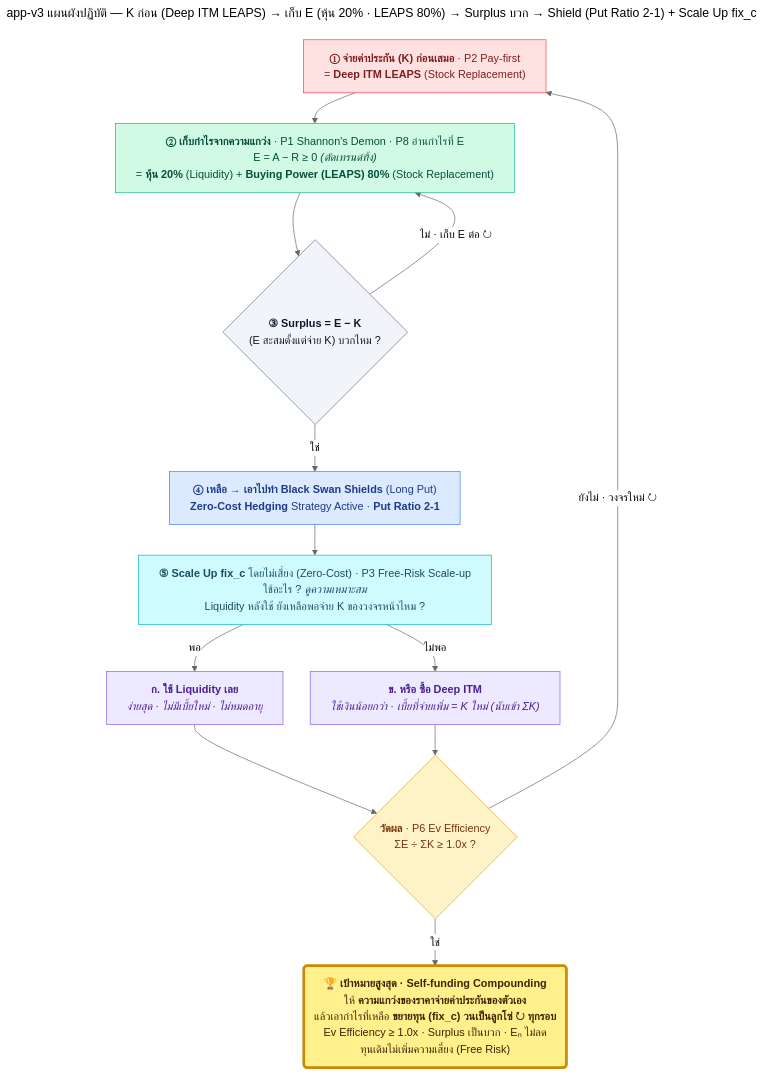
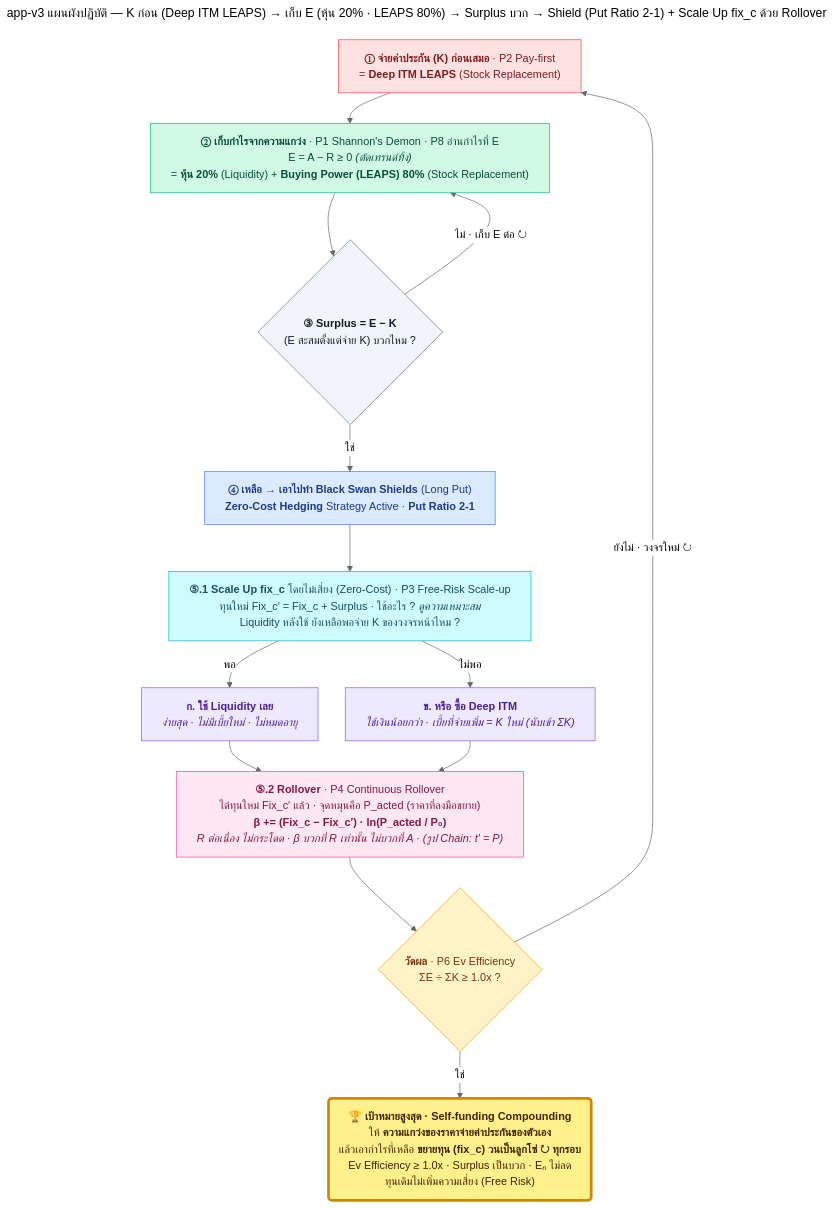
One commit to firstnattapon/super_app changed the diagram in app_v3_playbook.mmd. Above: the diagram before and after it, drawn with Mermaid (neutral theme). The commit also changed 1 other file, not shown here.

First paragraph of the commit message:
app_v3_playbook.mmd: step 5 Scale Up uses the Rollover principle (streamlit_lego)
Step 5 now follows the order of firstnattapon/streamlit_lego's cheat_sheet/rollover.mmd: get the
new capital first, then roll the baseline over. It is two nodes under one number:

```diff
--- a/app_v3_playbook.mmd
+++ b/app_v3_playbook.mmd
@@ -1,74 +1,84 @@
 ---
-title: 'app-v3 แผนผังปฏิบัติ — K ก่อน (Deep ITM LEAPS) → เก็บ E (หุ้น 20% · LEAPS 80%) → Surplus บวก → Shield (Put Ratio 2-1) + Scale Up fix_c'
+title: 'app-v3 แผนผังปฏิบัติ — K ก่อน (Deep ITM LEAPS) → เก็บ E (หุ้น 20% · LEAPS 80%) → Surplus บวก → Shield (Put Ratio 2-1) + Scale Up fix_c ด้วย Rollover'
 config:
   flowchart:
     wrappingWidth: 560
     nodeSpacing: 40
     rankSpacing: 45
 ---
 %% ═══════════════════════════════════════════════════════════════════════════════
 %% app_v3_playbook.mmd — หลักการเดียวกับ app_v2_minimal.mmd แต่บอกว่า "ลงมือด้วยเครื่องมืออะไร"
 %% เป้าหมายเหมือนเดิมทุกตัวอักษร · 3 ขั้น + 1 คำถาม + 1 เช็ก
 %% ·
 %% วงจร:  ① จ่าย K ก่อน → ② เก็บ E ไปเรื่อยๆ → ③ Surplus = E − K บวกไหม?
 %%        ไม่  → กลับไปเก็บ E ต่อ (ไม่ต้องจ่าย K ซ้ำ)
-%%        ใช่  → ④ ทำ Black Swan Shields (Put Ratio 2-1) โดย ⑤ Scale Up fix_c แล้วเริ่มวงจรใหม่ที่ ①
+%%        ใช่  → ④ ทำ Black Swan Shields (Put Ratio 2-1) โดย ⑤.1 Scale Up fix_c แล้ว ⑤.2 Rollover จากนั้นวัดผล (ถึงเป้าหมาย หรือเริ่มวงจรใหม่ที่ ①)
 %% ·
 %%   นามธรรม (app_v2_minimal.mmd · app-v3)       →  เครื่องมือจริง (แผนผังนี้)
 %%   K  จ่ายเบี้ยก่อน (P2 Pay-first)              →  ① Deep ITM LEAPS (Stock Replacement)
 %%   E  เก็บกำไรจากความแกว่ง (P1 · P8)            →  ② หุ้น 20% (Liquidity) + Buying Power (LEAPS) 80% (Stock Replacement)
 %%   S  Surplus = E − K บวกไหม?                    →  ③ เหมือนเดิม
 %%   (ส่วนที่เหลือ)                                →  ④ Black Swan Shields (Long Put) · Zero-Cost Hedging Strategy Active · Put Ratio 2-1
-%%   โต c′ = c + Surplus (P3 Free-Risk Scale-up)   →  ⑤ Scale Up fix_c โดยไม่เสี่ยง (Zero-Cost) — ใช้ Liquidity เลย หรือ ซื้อ Deep ITM ก็ได้ ดูความเหมาะสม
+%%   โต c′ = c + Surplus (P3 Free-Risk Scale-up)   →  ⑤.1 Scale Up fix_c โดยไม่เสี่ยง (Zero-Cost) — ใช้ Liquidity เลย หรือ ซื้อ Deep ITM ก็ได้ ดูความเหมาะสม
 %%   เกณฑ์เลือก ก./ข. (ข้อเสนอ · ปรับได้)          →  ถ้าใช้ Liquidity แล้วยังเหลือพอจ่าย K ของวงจรหน้า → ก. · ไม่พอ → ข.
+%%   วนต่อ t′ = P (P4 Continuous Rollover)         →  ⑤.2 Rollover: β += (Fix_c − Fix_c′) · ln(P_acted / P₀) — ทุนเปลี่ยนแล้ว เส้นอ้างอิง R ไม่กระโดด
 %%   ไม่เหลือ                                      →  กลับไปเก็บ E ต่อ
 %%   วัดผล Ev Efficiency = ΣE ÷ ΣK (P6)           →  เช็กหลัง Scale Up ถึง 1.0x = ถึงเป้าหมาย · ยังไม่ถึง = วงจรใหม่
 %% ·
 %% หมายเหตุ
 %%  · E = A − R (สมการ LEGO: A = เงินสดจากการ rebalance · R = เส้นอ้างอิงตามเทรนด์) ≥ 0 เสมอ — ถ้าเขียน R − A จะติดลบเสมอ
 %%  · ลำดับในแผนผังนี้คือ "ลำดับลงมือ" (จ่าย K ก่อน แล้วค่อยเก็บ E) · E ใน ③ คือ E ที่สะสมตั้งแต่จ่าย K
-%%  · หุ้น 20% + LEAPS 80% = 100% ของ exposure ที่ถืออยู่ · "Deep ITM" ใน ⑤ คือ Deep ITM เดียวกับ ① (LEAPS)
+%%  · หุ้น 20% + LEAPS 80% = 100% ของ exposure ที่ถืออยู่ · "Deep ITM" ใน ⑤.1 คือ Deep ITM เดียวกับ ① (LEAPS)
 %%  · Put Ratio 2-1 เขียนตามที่ระบุ — ยังไม่กำหนดฝั่งซื้อ/ขายและ strike (เลือกเมื่อลงมือจริง)
-%%  · เกณฑ์เลือก ก./ข. ใน ⑤ เป็นข้อเสนอ ไม่ใช่กฎที่ระบุมา: "Liquidity" ในเกณฑ์ = เงินสด/ส่วนที่ขายเป็นเงินได้ทันที ·
+%%  · เกณฑ์เลือก ก./ข. ใน ⑤.1 เป็นข้อเสนอ ไม่ใช่กฎที่ระบุมา: "Liquidity" ในเกณฑ์ = เงินสด/ส่วนที่ขายเป็นเงินได้ทันที ·
 %%    เหตุผล = จ่าย K ก่อนเสมอ (P2) จึงห้ามให้การขยายกินเงินที่ต้องกันไว้จ่าย K · ก. คือทางตรง (ไม่มีเบี้ยใหม่ ไม่หมดอายุ) ·
 %%    ข. ใช้เงินน้อยกว่าสำหรับ exposure เท่ากัน แต่เบี้ย (time value) ที่จ่ายเพิ่มคือ K ใหม่ ต้องนับเข้า ΣK ให้ Ev Efficiency ไม่เกินจริง
+%%  · Rollover (P4) ตามนิยามใน firstnattapon/streamlit_lego (cheat_sheet/rollover.mmd): ได้ทุนใหม่ก่อน (⑤.1) แล้วค่อย Rollover (⑤.2) · P₀ ตรึงไว้ ไม่เปลี่ยน · จุดหมุนคือ P_acted (ราคา ACT ล่าสุด) ·
+%%    ทำเมื่อ Fix_c_new ≠ Fix_c คือเมื่อ ③ ตอบ "ใช่" (Surplus บวก ทุนโต) · ③ ตอบ "ไม่" = ทุนไม่เปลี่ยน = "ข้าม" ไม่ต้อง Rollover
+%%  · ทำไมต้อง Rollover: ทุนโตแล้ว R = Fix_c · ln(P / P₀) ชันขึ้น — ถ้าไม่ชดเชยด้วย β เส้น R จะกระโดดที่จุดหมุน ส่วนต่าง (Fix_c′ − Fix_c) · ln(P_acted / P₀) ·
+%%    E = A − R จึงเพี้ยน (กำไรปลอม/ขาดทุนปลอม และ E ≥ 0 พังได้) · ตัวอย่าง P₀ 100 · P_acted 110 · ทุน 1,500 → 2,500: ไม่ Rollover E = 7.03 → −88.28 · Rollover E คงที่ 7.03
+%%  · รูป Chain ของหลักเดียวกัน (app-v3 ขั้น ⑤ "t′ = P") = ตั้งจุดหมุนใหม่ที่ราคาปัจจุบัน แล้วรอบหน้าเริ่มนับที่นั่น — แผนผังนี้ใช้รูป LEGO (P₀ ตรึง + β) เพราะเป็นต้นฉบับ
 %% ═══════════════════════════════════════════════════════════════════════════════
 flowchart TB
 
   K["<b>① จ่ายค่าประกัน (K) ก่อนเสมอ</b> · P2 Pay-first<br/>= <b>Deep ITM LEAPS</b> (Stock Replacement)"]
   E["<b>② เก็บกำไรจากความแกว่ง</b> · P1 Shannon's Demon · P8 อ่านกำไรที่ E<br/>E = A − R ≥ 0 <i>(ตัดเทรนด์ทิ้ง)</i><br/>= <b>หุ้น 20%</b> (Liquidity) + <b>Buying Power (LEAPS) 80%</b> (Stock Replacement)"]
   D{"<b>③ Surplus = E − K</b><br/>(E สะสมตั้งแต่จ่าย K) บวกไหม ?"}
   A["<b>④ เหลือ → เอาไปทำ Black Swan Shields</b> (Long Put)<br/><b>Zero-Cost Hedging</b> Strategy Active · <b>Put Ratio 2-1</b>"]
-  S["<b>⑤ Scale Up fix_c</b> โดยไม่เสี่ยง (Zero-Cost) · P3 Free-Risk Scale-up<br/>ใช้อะไร ? <i>ดูความเหมาะสม</i><br/>Liquidity หลังใช้ ยังเหลือพอจ่าย K ของวงจรหน้าไหม ?"]
+  S["<b>⑤.1 Scale Up fix_c</b> โดยไม่เสี่ยง (Zero-Cost) · P3 Free-Risk Scale-up<br/>ทุนใหม่ Fix_c′ = Fix_c + Surplus · ใช้อะไร ? <i>ดูความเหมาะสม</i><br/>Liquidity หลังใช้ ยังเหลือพอจ่าย K ของวงจรหน้าไหม ?"]
   L["<b>ก. ใช้ Liquidity เลย</b><br/><i>ง่ายสุด · ไม่มีเบี้ยใหม่ · ไม่หมดอายุ</i>"]
   I["<b>ข. หรือ ซื้อ Deep ITM</b><br/><i>ใช้เงินน้อยกว่า · เบี้ยที่จ่ายเพิ่ม = K ใหม่ (นับเข้า ΣK)</i>"]
+  RO["<b>⑤.2 Rollover</b> · P4 Continuous Rollover<br/>ได้ทุนใหม่ Fix_c′ แล้ว · จุดหมุนคือ P_acted (ราคาที่ลงมือขยาย)<br/><b>β += (Fix_c − Fix_c′) · ln(P_acted / P₀)</b><br/><i>R ต่อเนื่อง ไม่กระโดด · β บวกที่ R เท่านั้น ไม่บวกที่ A · (รูป Chain: t′ = P)</i>"]
   Q{"<b>วัดผล</b> · P6 Ev Efficiency<br/>ΣE ÷ ΣK ≥ 1.0x ?"}
   GOAL("🏆 <b>เป้าหมายสูงสุด · Self-funding Compounding</b><br/>ให้ <b>ความแกว่งของราคาจ่ายค่าประกันของตัวเอง</b><br/>แล้วเอากำไรที่เหลือ <b>ขยายทุน (fix_c) วนเป็นลูกโซ่ ↻ ทุกรอบ</b><br/>Ev Efficiency ≥ 1.0x · Surplus เป็นบวก · Eₙ ไม่ลด<br/>ทุนเดิมไม่เพิ่มความเสี่ยง (Free Risk)")
 
   K --> E --> D
   D -->|ใช่| A
   D -->|ไม่ · เก็บ E ต่อ ↻| E
   A --> S
   S -->|พอ| L
   S -->|ไม่พอ| I
-  L --> Q
-  I --> Q
+  L --> RO
+  I --> RO
+  RO --> Q
   Q -->|ใช่| GOAL
   Q -->|ยังไม่ · วงจรใหม่ ↻| K
 
   classDef cost fill:#fee2e2,stroke:#ef4444,color:#7f1d1d
   classDef money fill:#d1fae5,stroke:#10b981,color:#064e3b
   classDef dec fill:#f1f5f9,stroke:#64748b,color:#0f172a
   classDef shield fill:#dbeafe,stroke:#3b82f6,color:#1e3a8a
   classDef scale fill:#cffafe,stroke:#06b6d4,color:#164e63
   classDef alt fill:#ede9fe,stroke:#8b5cf6,color:#4c1d95
+  classDef roll fill:#fce7f3,stroke:#ec4899,color:#831843
   classDef score fill:#fef3c7,stroke:#f59e0b,color:#78350f
   classDef goal fill:#fef08a,stroke:#ca8a04,stroke-width:4px,color:#422006
   class K cost
   class E money
   class D dec
   class A shield
   class S scale
   class L,I alt
+  class RO roll
   class Q score
   class GOAL goal
```
